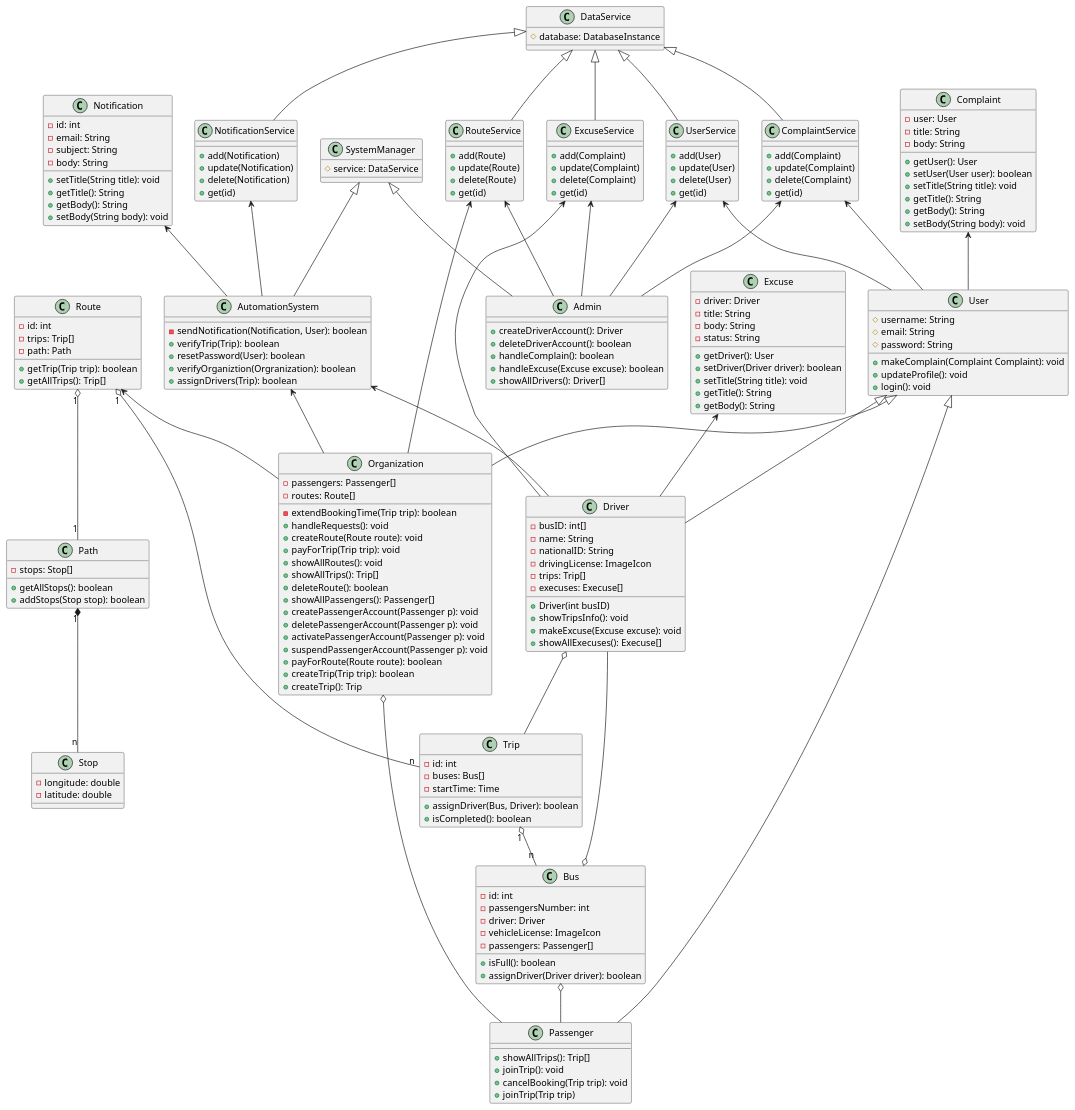
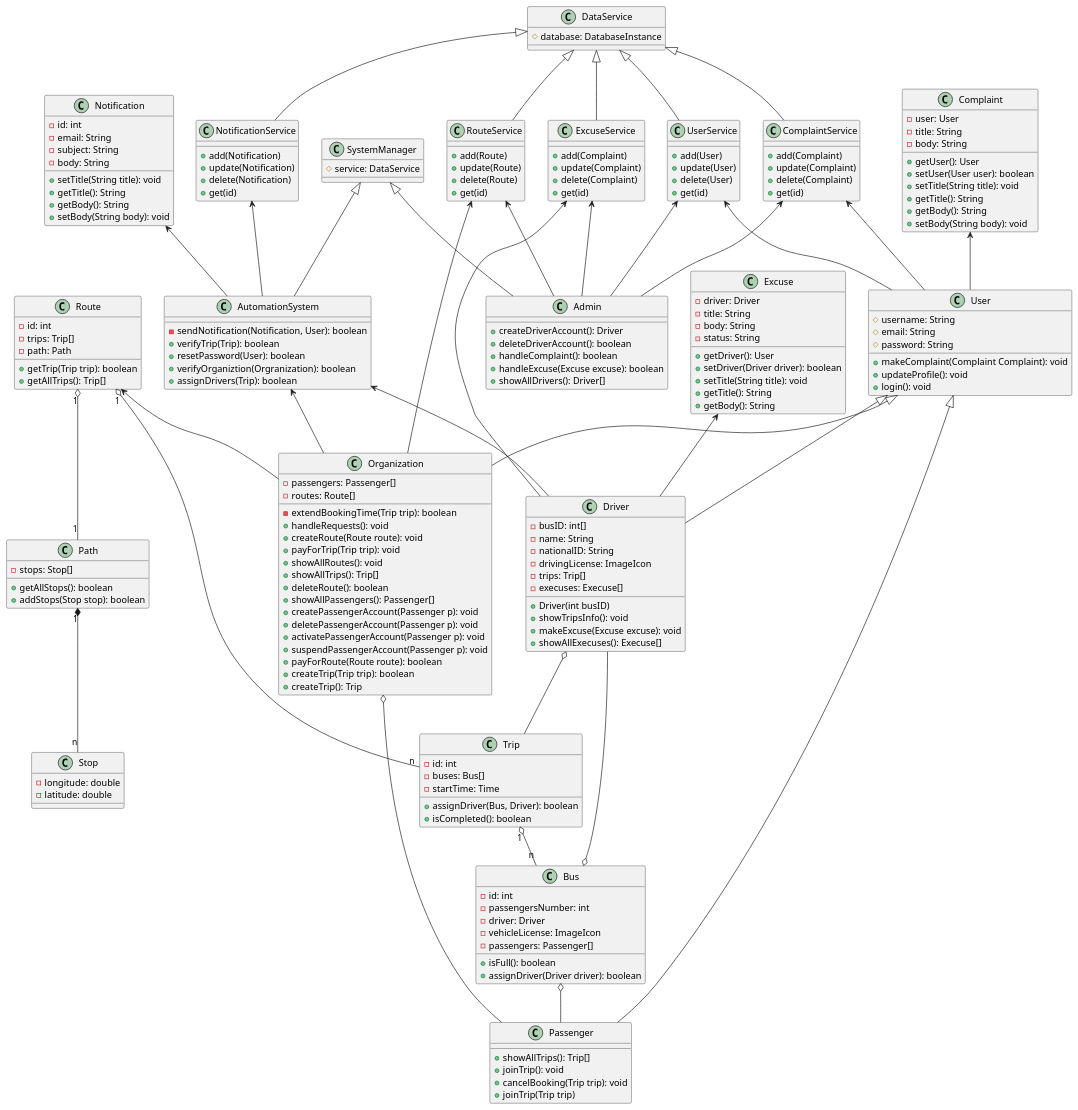
The diagram in class-diagram.pu (moazbasheer/BaaS_GP), drawn with PlantUML before and after one commit.

```diff
--- a/class-diagram.pu
+++ b/class-diagram.pu
@@ -52,7 +52,7 @@
     #username: String
     #email: String
     #password: String
-    +makeComplain(Complaint Complaint): void
+    +makeComplaint(Complaint Complaint): void
     +updateProfile(): void
     +login(): void
 }
@@ -175,7 +175,7 @@
 class Admin {
     +createDriverAccount(): Driver
     +deleteDriverAccount(): boolean
-    +handleComplain(): boolean
+    +handleComplaint(): boolean
     +handleExcuse(Excuse excuse): boolean
     +showAllDrivers(): Driver[]
 }
```
